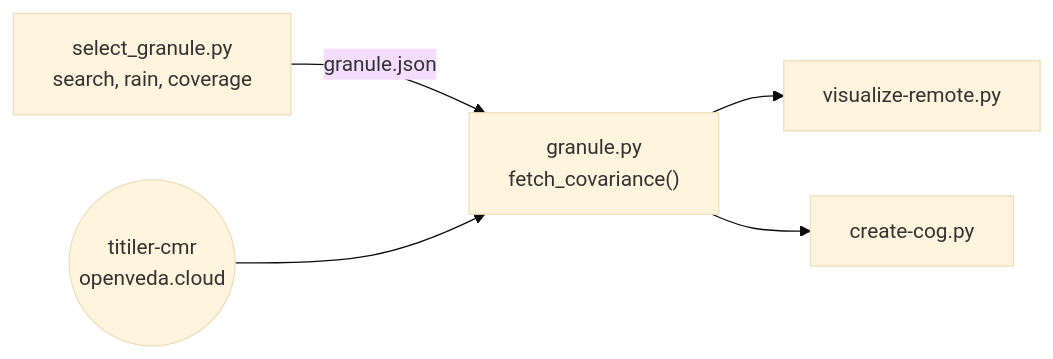
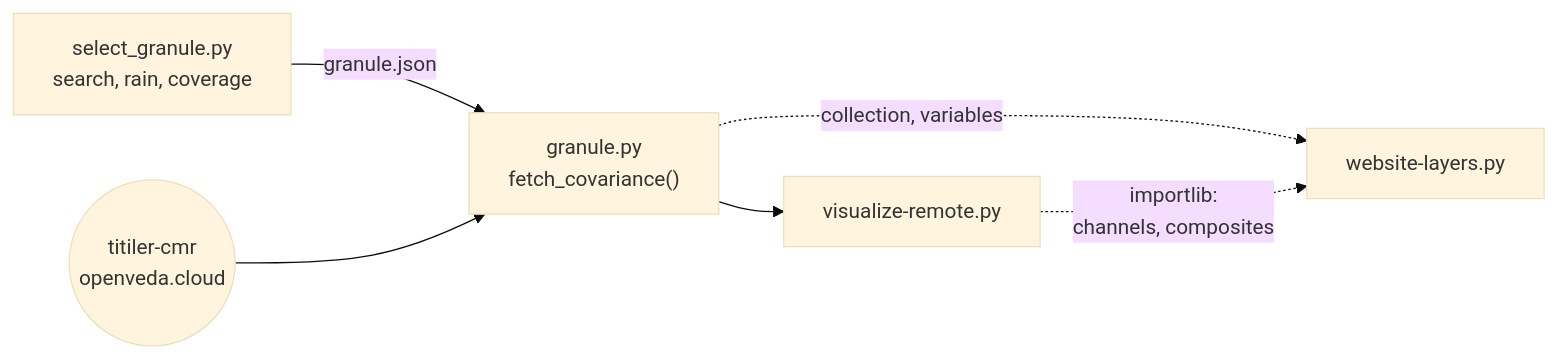
Before and after one commit to YCGS-lab/multi-resolution-new-haven: the diagram in docs/pipeline/datasets/radar.md, drawn with Mermaid (base theme). The commit also changed other lines of this file and 11 other files, not shown here.

````diff
--- a/docs/pipeline/datasets/radar.md
+++ b/docs/pipeline/datasets/radar.md
@@ -12,7 +13,8 @@
 ```mermaid
 flowchart LR
   SG["select_granule.py<br/>search, rain, coverage"] -->|"granule.json"| G["granule.py<br/>fetch_covariance()"]
   G --> VR["visualize-remote.py"]
-  G --> CC["create-cog.py"]
+  G -. "collection, variables" .-> WL["website-layers.py"]
+  VR -. "importlib:<br/>channels, composites" .-> WL
   T(("titiler-cmr<br/>openveda.cloud")) --> G
 ```
````
